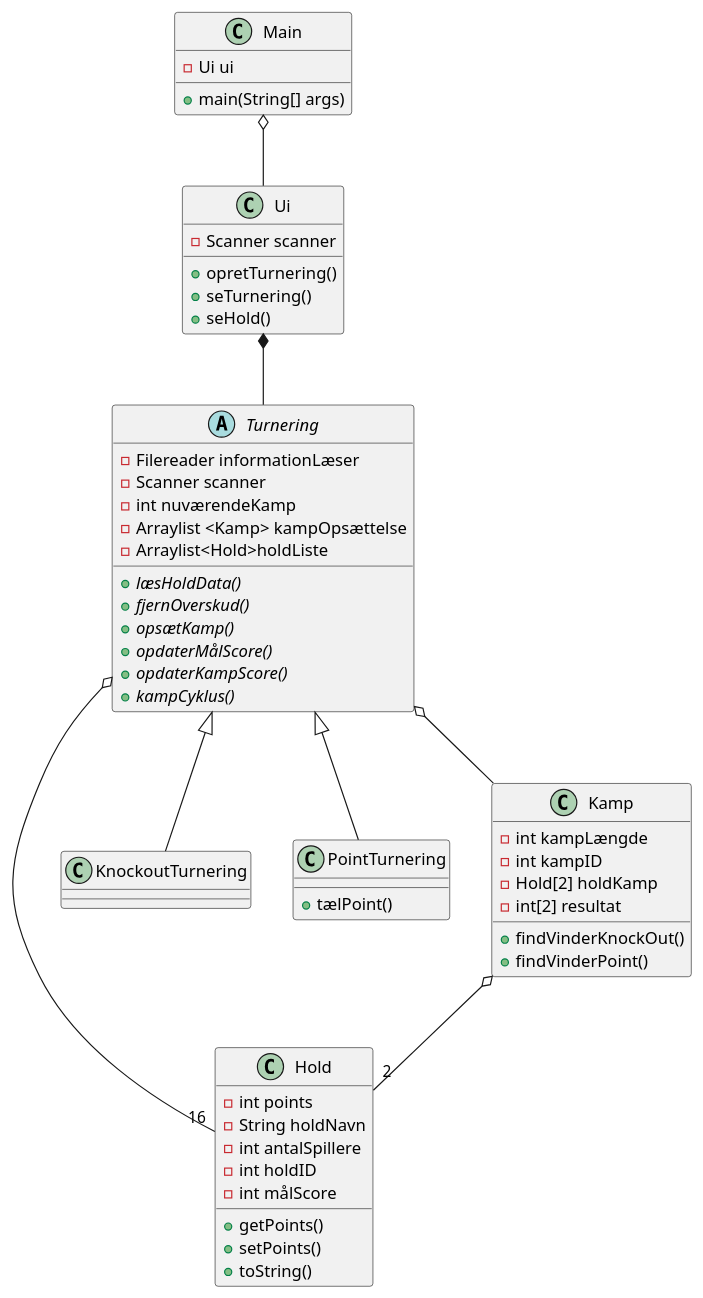
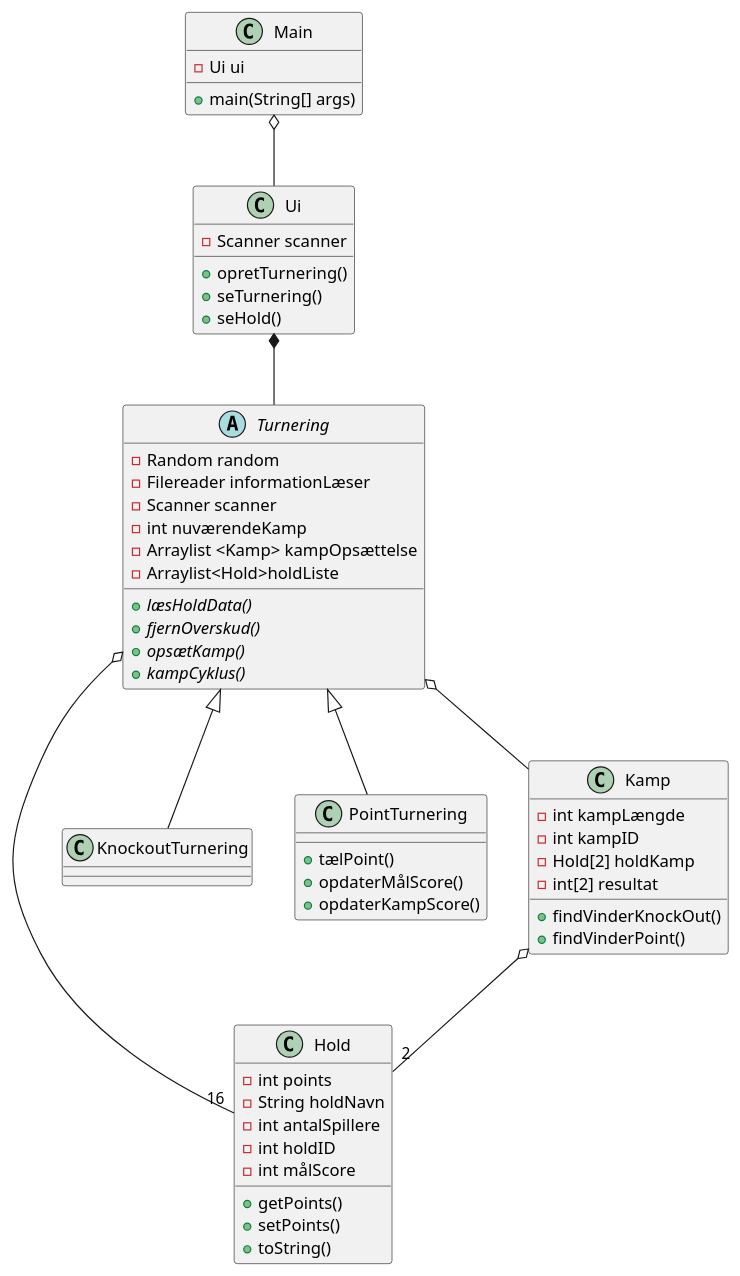
One commit to Datamatiker-A3/SP3 changed the diagram in SP3/src/UML/Klassediagram.puml. Above: the diagram before and after it, drawn with PlantUML.

Commit message:
Hello det er Anders, ændrede Klassediagram.puml

```diff
--- a/SP3/src/UML/Klassediagram.puml
+++ b/SP3/src/UML/Klassediagram.puml
@@ -1,70 +1,71 @@
 @startuml
 'https://plantuml.com/class-diagram
 
 abstract class Turnering
 class Main
 class Hold
 class KnockoutTurnering
 class PointTurnering
 class Kamp
 Main o-- Ui
 Ui *-- Turnering
 Turnering <|-- KnockoutTurnering
 Turnering<|-- PointTurnering
 Turnering o-- "16" Hold
 Turnering o-- Kamp
 Kamp o-- "2" Hold
 
 class Ui{
  - Scanner scanner
  + opretTurnering()
  + seTurnering()
  + seHold()
 }
 
 class Main {
  + main(String[] args)
  - Ui ui
 }
 class Kamp{
 - int kampLængde
 - int kampID
 - Hold[2] holdKamp
 - int[2] resultat
 + findVinderKnockOut()
 + findVinderPoint()
 }
 
 class Hold{
 - int points
 - String holdNavn
 - int antalSpillere
 - int holdID
 - int målScore
 + getPoints()
 + setPoints()
 + toString()
 
 }
 abstract class Turnering{
+- Random random
 - Filereader informationLæser
 - Scanner scanner
 - int nuværendeKamp
 - Arraylist <Kamp> kampOpsættelse
 - Arraylist<Hold>holdListe
 + {abstract}læsHoldData()
 + {abstract}fjernOverskud()
 + {abstract}opsætKamp()
-+ {abstract}opdaterMålScore()
-+ {abstract}opdaterKampScore()
 + {abstract}kampCyklus()
 }
 class KnockoutTurnering{
 
 }
 class PointTurnering{
 + tælPoint()
++ opdaterMålScore()
++ opdaterKampScore()
 }
 
 
 @enduml
```
